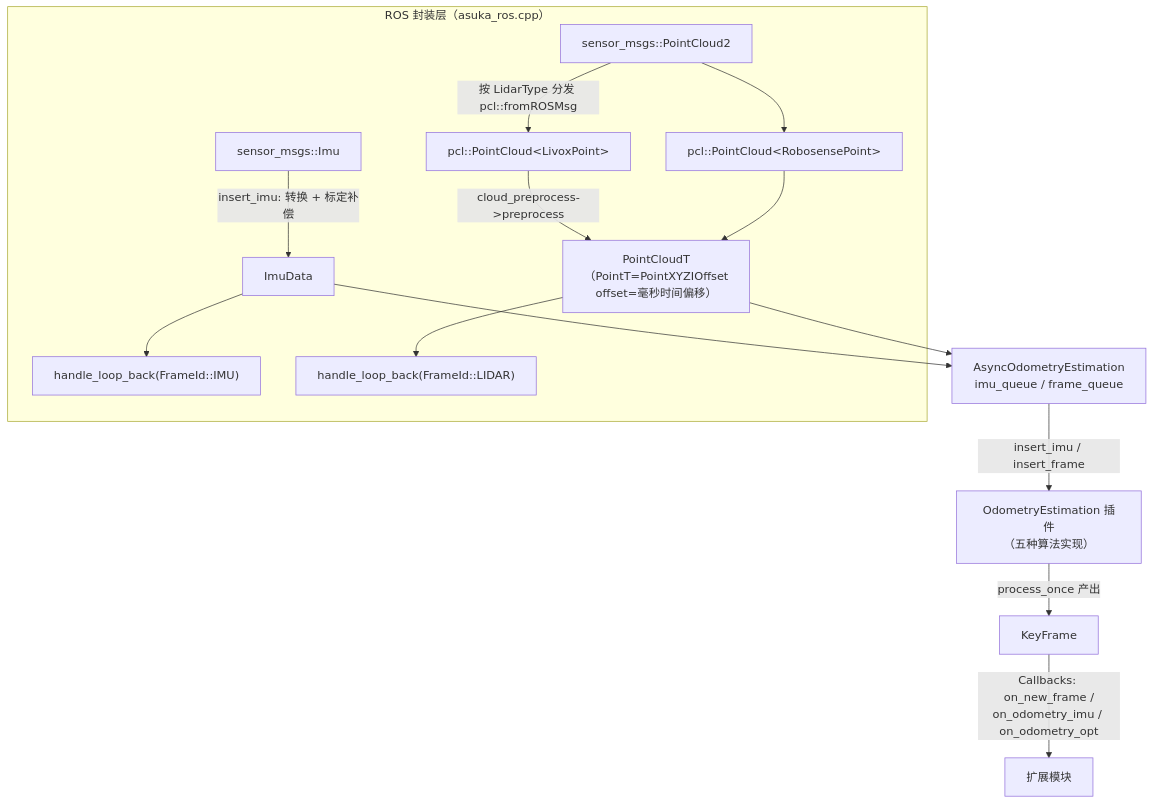
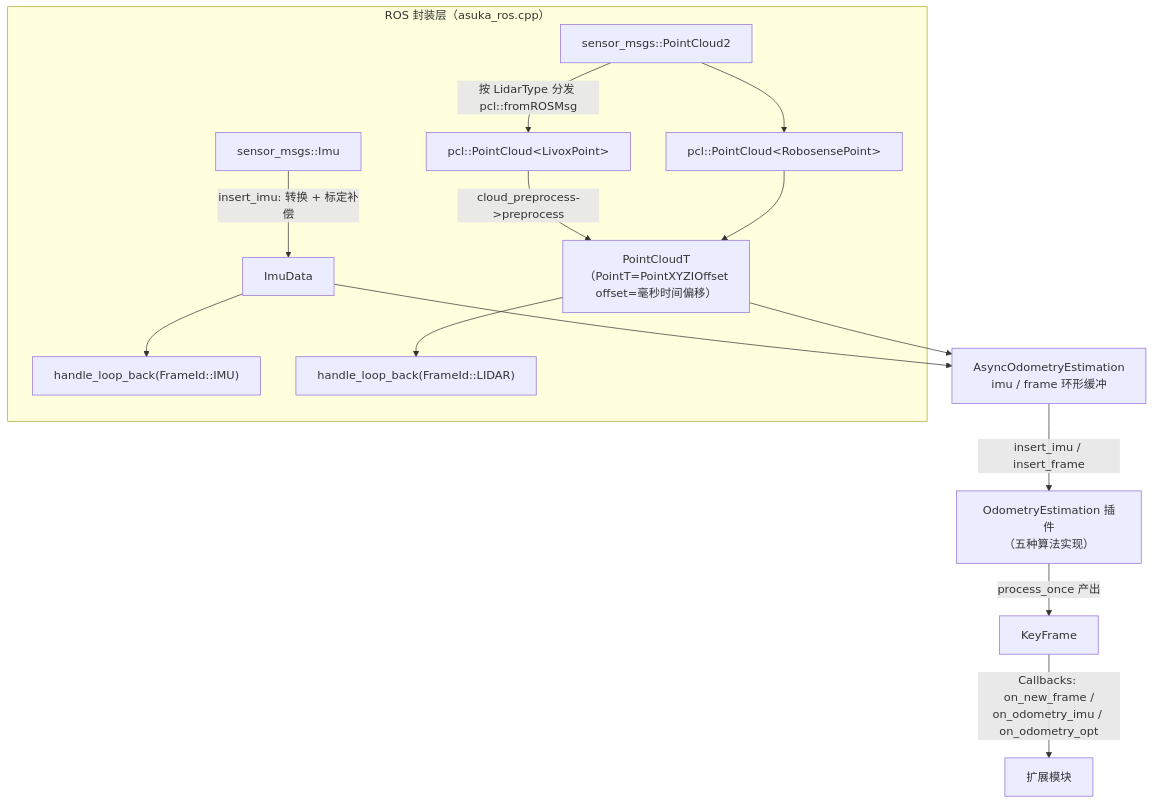
Before and after one commit to AphroraC/asuka: the diagram in docs/wiki/core/03.md, drawn with Mermaid. The commit also changed 30 other files, not shown here.

````diff
--- a/docs/wiki/core/03.md
+++ b/docs/wiki/core/03.md
@@ -76,17 +76,17 @@
 ```mermaid
 flowchart TD
     subgraph ROS 封装层["ROS 封装层（asuka_ros.cpp）"]
         IMU_MSG["sensor_msgs::Imu"] -->|"insert_imu: 转换 + 标定补偿"| ID["ImuData"]
         PC2["sensor_msgs::PointCloud2"] -->|"按 LidarType 分发 pcl::fromROSMsg"| LP["pcl::PointCloud&lt;LivoxPoint&gt;"]
         PC2 --> RP["pcl::PointCloud&lt;RobosensePoint&gt;"]
         LP -->|"cloud_preprocess->preprocess"| PC["PointCloudT（PointT=PointXYZIOffset<br/>offset=毫秒时间偏移）"]
         RP --> PC
         ID --> LB["handle_loop_back(FrameId::IMU)"]
         PC --> LB2["handle_loop_back(FrameId::LIDAR)"]
     end
-    ID --> AQ["AsyncOdometryEstimation<br/>imu_queue / frame_queue"]
+    ID --> AQ["AsyncOdometryEstimation<br/>imu / frame 环形缓冲"]
     PC --> AQ
     AQ -->|"insert_imu / insert_frame"| OE["OdometryEstimation 插件<br/>（五种算法实现）"]
     OE -->|"process_once 产出"| KF["KeyFrame"]
     KF -->|"Callbacks: on_new_frame /<br/>on_odometry_imu / on_odometry_opt"| EXT["扩展模块"]
 ```
````
